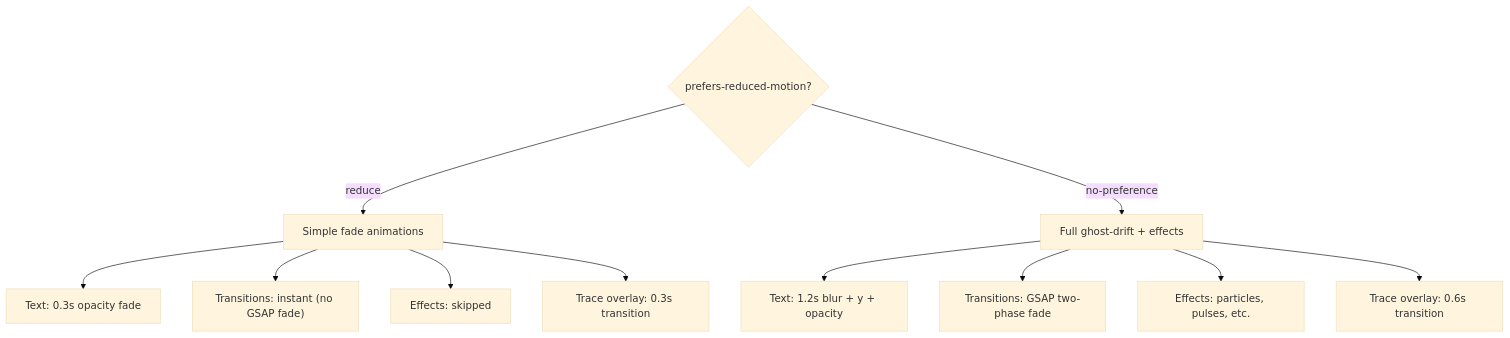
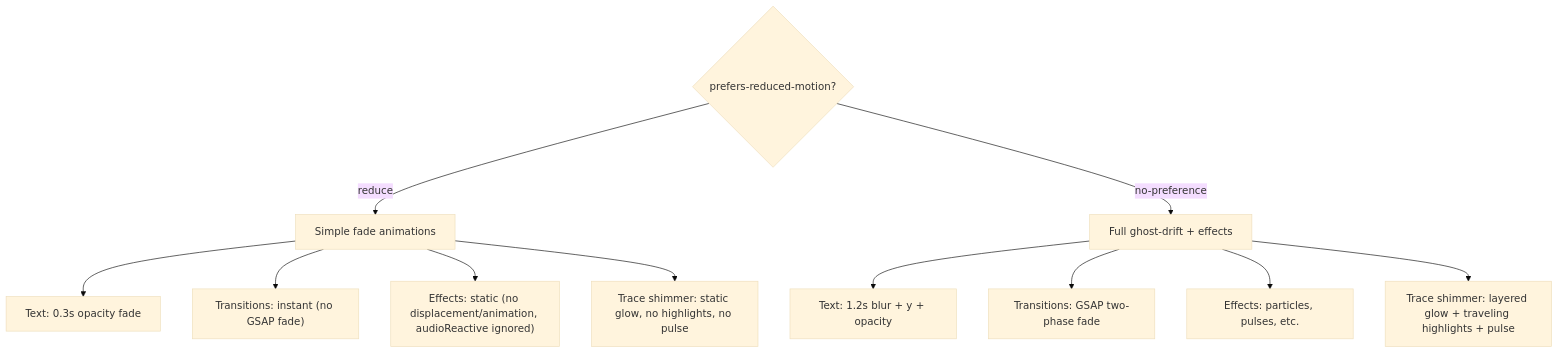
One commit to anchildress1/carbon-trace changed the second of 3 diagrams in docs/accessibility.md. Above: the diagram before and after it, drawn with Mermaid (base theme). The commit also changed other lines of this file and 39 other files, not shown here.

````diff
--- a/docs/accessibility.md
+++ b/docs/accessibility.md
@@ -62,15 +63,15 @@
 ```mermaid
 flowchart TD
     A{prefers-reduced-motion?} -->|reduce| B[Simple fade animations]
     A -->|no-preference| C[Full ghost-drift + effects]
 
     B --> D["Text: 0.3s opacity fade"]
     B --> E["Transitions: instant (no GSAP fade)"]
-    B --> F["Effects: skipped"]
-    B --> G["Trace overlay: 0.3s transition"]
+    B --> F["Effects: static (no displacement/animation, audioReactive ignored)"]
+    B --> G["Trace shimmer: static glow, no highlights, no pulse"]
 
     C --> H["Text: 1.2s blur + y + opacity"]
     C --> I["Transitions: GSAP two-phase fade"]
     C --> J["Effects: particles, pulses, etc."]
-    C --> K["Trace overlay: 0.6s transition"]
+    C --> K["Trace shimmer: layered glow + traveling highlights + pulse"]
 ```
````
